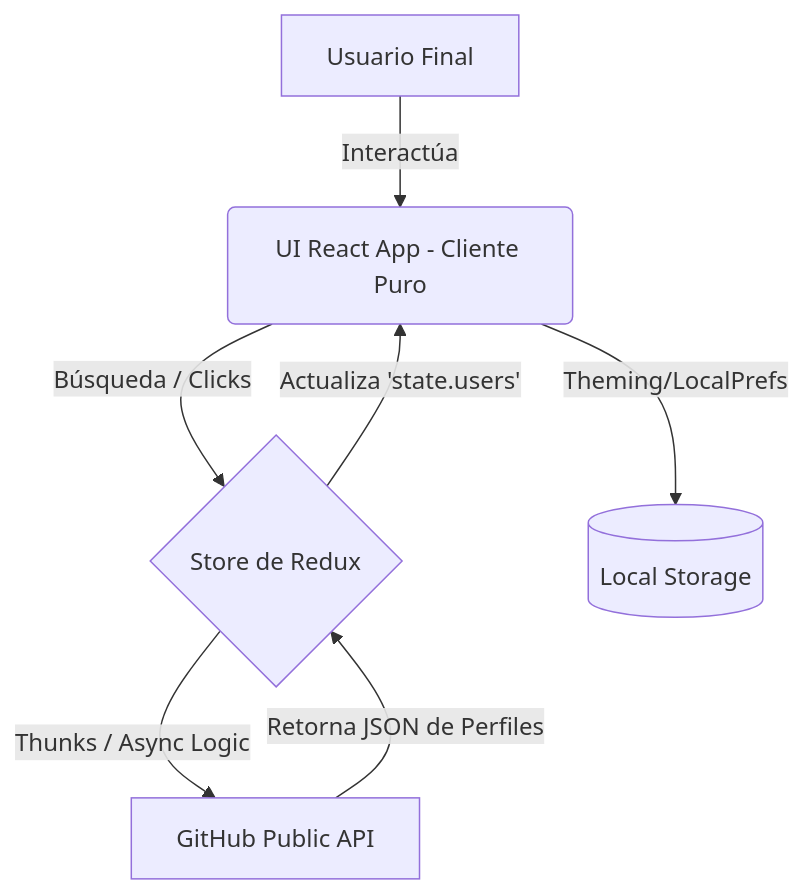
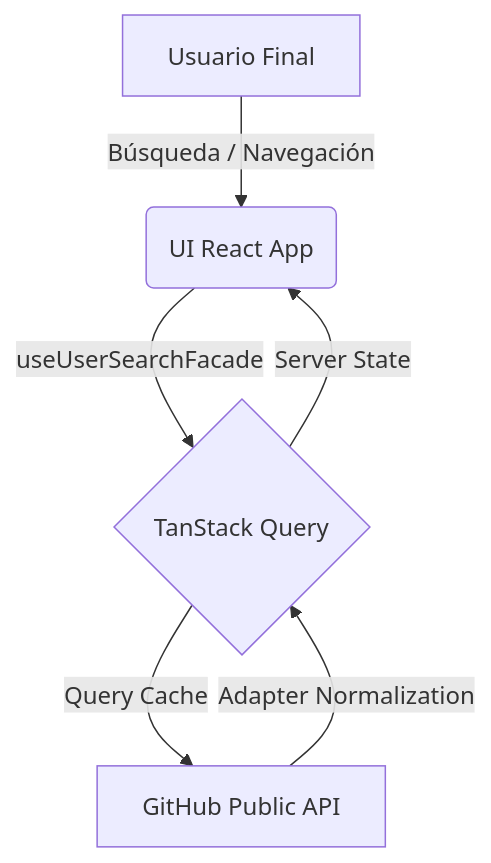
Before and after one commit to Slinkter/myprojectapi01: the diagram in src/docs/01-overview-del-sistema.md, drawn with Mermaid. The commit also changed other lines of this file and 29 other files, not shown here.

````diff
--- a/src/docs/01-overview-del-sistema.md
+++ b/src/docs/01-overview-del-sistema.md
@@ -27,9 +26,8 @@
 ```mermaid
 graph TD
-    A[Usuario Final] -->|Interactúa| B(UI React App - Cliente Puro)
-    B -->|Búsqueda / Clicks| C{Store de Redux}
-    C -->|Thunks / Async Logic| D[GitHub Public API]
-    D -->|Retorna JSON de Perfiles| C
-    C -->|Actualiza 'state.users'| B
-    B -->|Theming/LocalPrefs| E[(Local Storage)]
+    A[Usuario Final] -->|Búsqueda / Navegación| B(UI React App)
+    B -->|useUserSearchFacade| C{TanStack Query}
+    C -->|Query Cache| D[GitHub Public API]
+    D -->|Adapter Normalization| C
+    C -->|Server State| B
 ```
````
